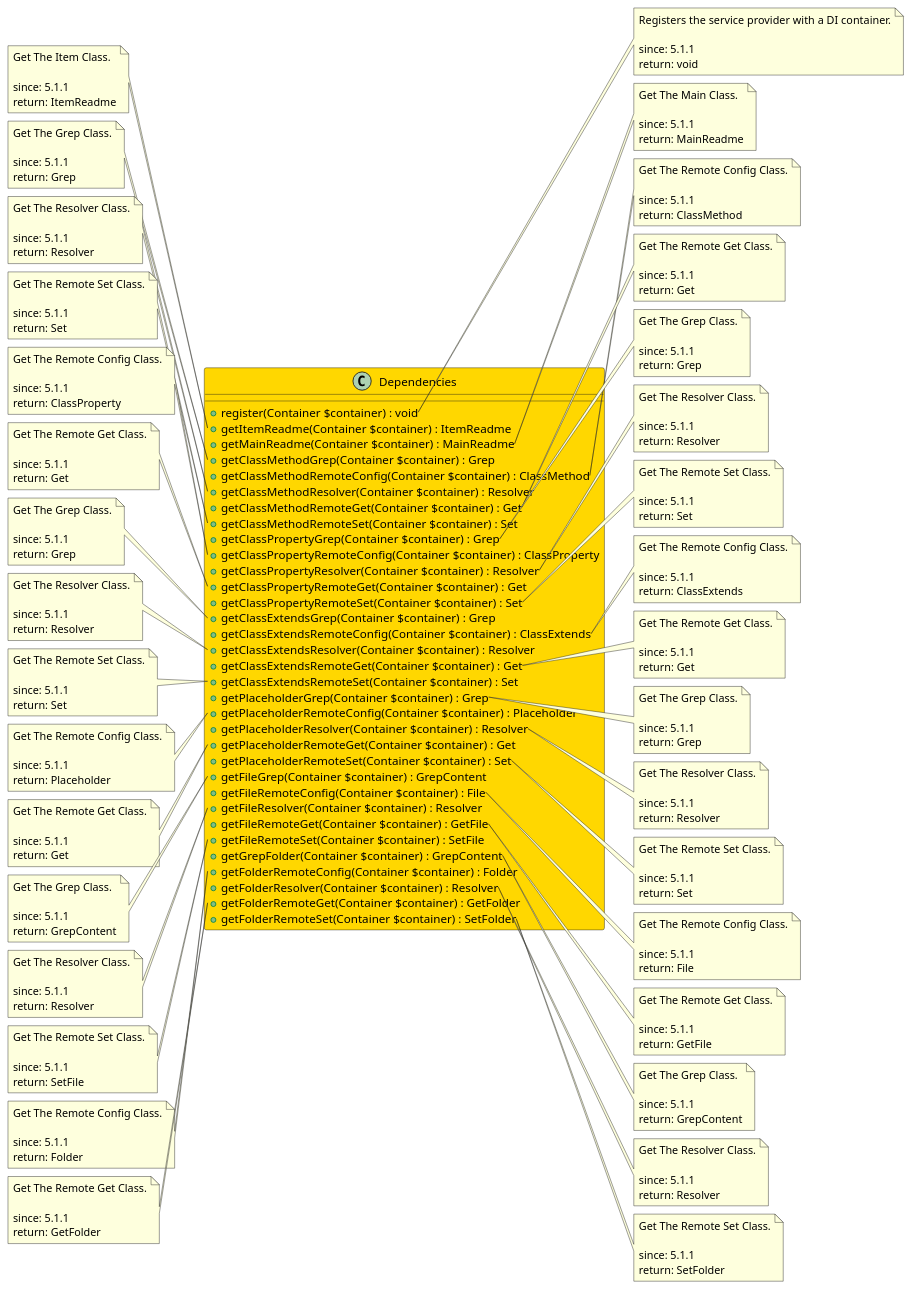
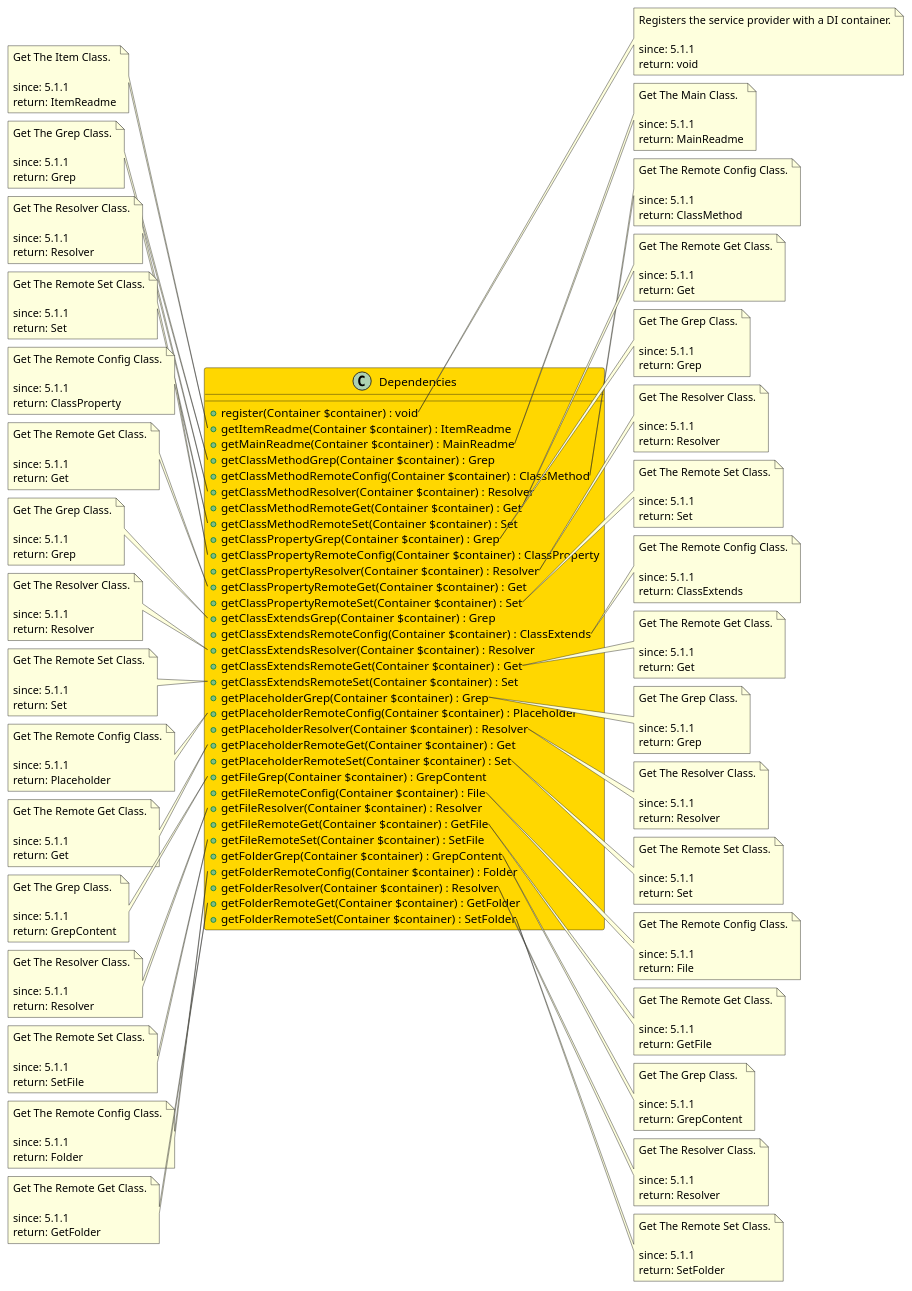
One commit to joomengine/jcb-packager changed the diagram in src/cc3c9030-50b6-4907-867f-3354ab2d94e5/README.md. Above: the diagram before and after it, drawn with PlantUML. The commit also changed 149 other files, not shown here.

```diff
--- a/src/cc3c9030-50b6-4907-867f-3354ab2d94e5/README.md
+++ b/src/cc3c9030-50b6-4907-867f-3354ab2d94e5/README.md
@@ -34,7 +34,7 @@
   + getFileResolver(Container $container) : Resolver
   + getFileRemoteGet(Container $container) : GetFile
   + getFileRemoteSet(Container $container) : SetFile
-  + getGrepFolder(Container $container) : GrepContent
+  + getFolderGrep(Container $container) : GrepContent
   + getFolderRemoteConfig(Container $container) : Folder
   + getFolderResolver(Container $container) : Resolver
   + getFolderRemoteGet(Container $container) : GetFolder
@@ -237,7 +237,7 @@
   return: SetFile
 end note
 
-note right of Dependencies::getGrepFolder
+note right of Dependencies::getFolderGrep
   Get The Grep Class.
 
   since: 5.1.1
```
